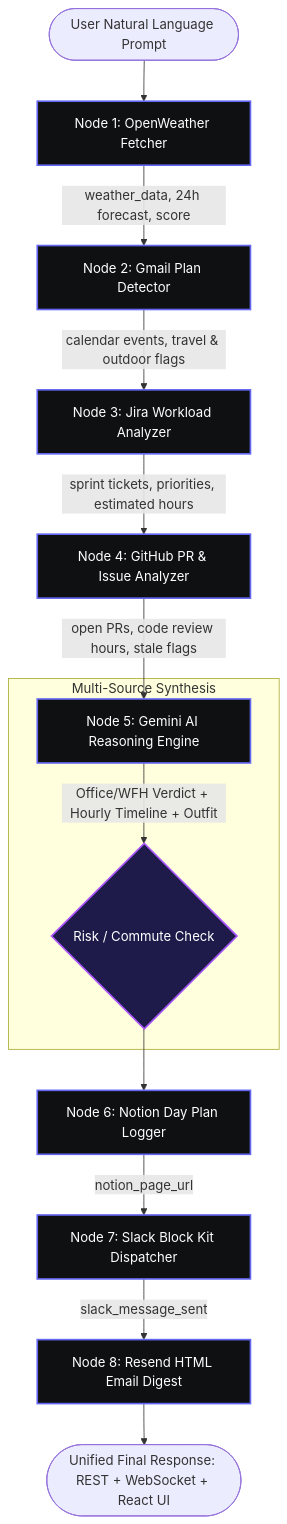
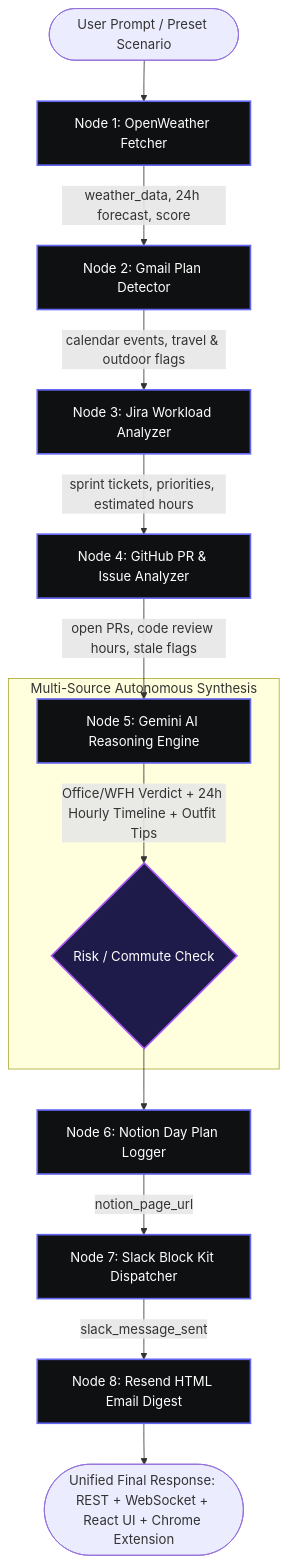
Before and after one commit to akanksha-dot-dev/Locus: the diagram in SHOWCASE_MANUAL.md, drawn with Mermaid. The commit also changed other lines of this file and 12 other files, not shown here.

````diff
--- a/SHOWCASE_MANUAL.md
+++ b/SHOWCASE_MANUAL.md
@@ -37,22 +38,22 @@
 ```mermaid
 flowchart TD
-    Start([User Natural Language Prompt]) --> N1[Node 1: OpenWeather Fetcher]
+    Start([User Prompt / Preset Scenario]) --> N1[Node 1: OpenWeather Fetcher]
     N1 -->|weather_data, 24h forecast, score| N2[Node 2: Gmail Plan Detector]
     N2 -->|calendar events, travel & outdoor flags| N3[Node 3: Jira Workload Analyzer]
     N3 -->|sprint tickets, priorities, estimated hours| N4[Node 4: GitHub PR & Issue Analyzer]
     N4 -->|open PRs, code review hours, stale flags| N5[Node 5: Gemini AI Reasoning Engine]
     
-    subgraph Multi-Source Synthesis
-    N5 -->|Office/WFH Verdict + Hourly Timeline + Outfit| Decision{Risk / Commute Check}
+    subgraph Multi-Source Autonomous Synthesis
+    N5 -->|Office/WFH Verdict + 24h Hourly Timeline + Outfit Tips| Decision{Risk / Commute Check}
     end
 
     Decision --> N6[Node 6: Notion Day Plan Logger]
     N6 -->|notion_page_url| N7[Node 7: Slack Block Kit Dispatcher]
     N7 -->|slack_message_sent| N8[Node 8: Resend HTML Email Digest]
-    N8 --> End([Unified Final Response: REST + WebSocket + React UI])
+    N8 --> End([Unified Final Response: REST + WebSocket + React UI + Chrome Extension])
 
     classDef nodeStyle fill:#0f1011,stroke:#6366f1,stroke-width:2px,color:#fff;
     classDef decisionStyle fill:#1e1b4b,stroke:#a855f7,stroke-width:2px,color:#fff;
     class N1,N2,N3,N4,N5,N6,N7,N8 nodeStyle;
     class Decision decisionStyle;
 ```
````
